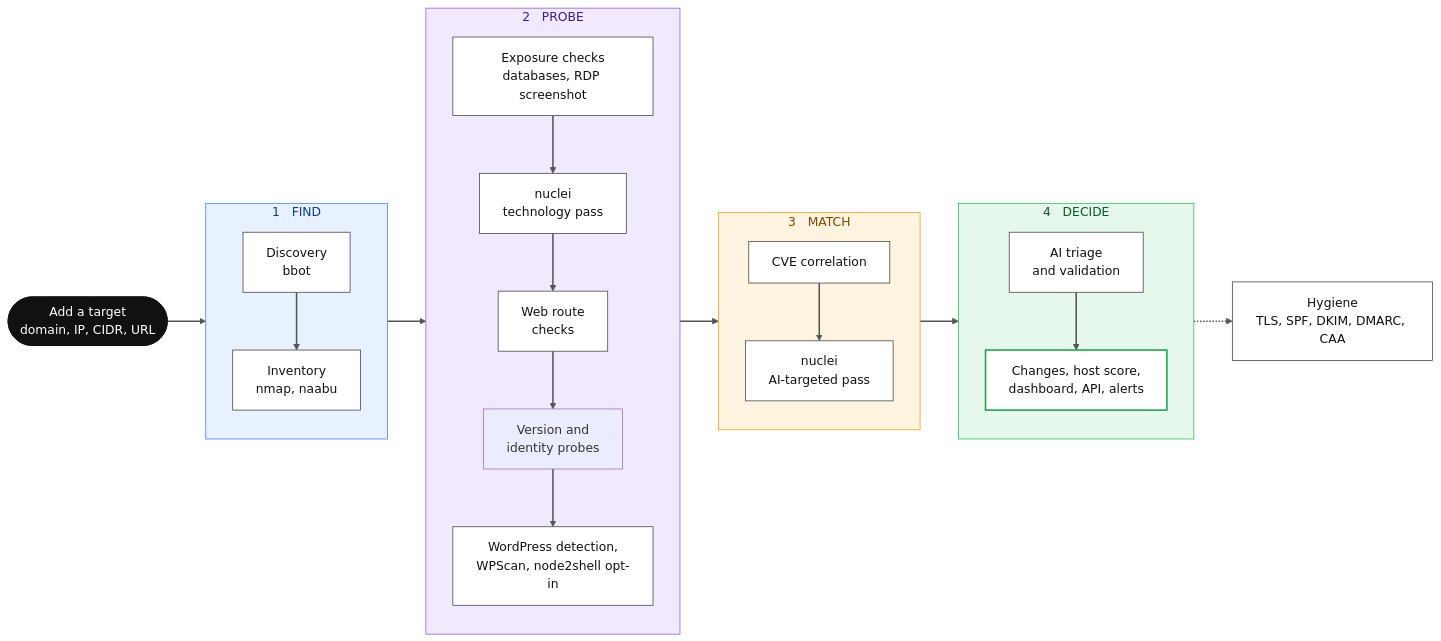
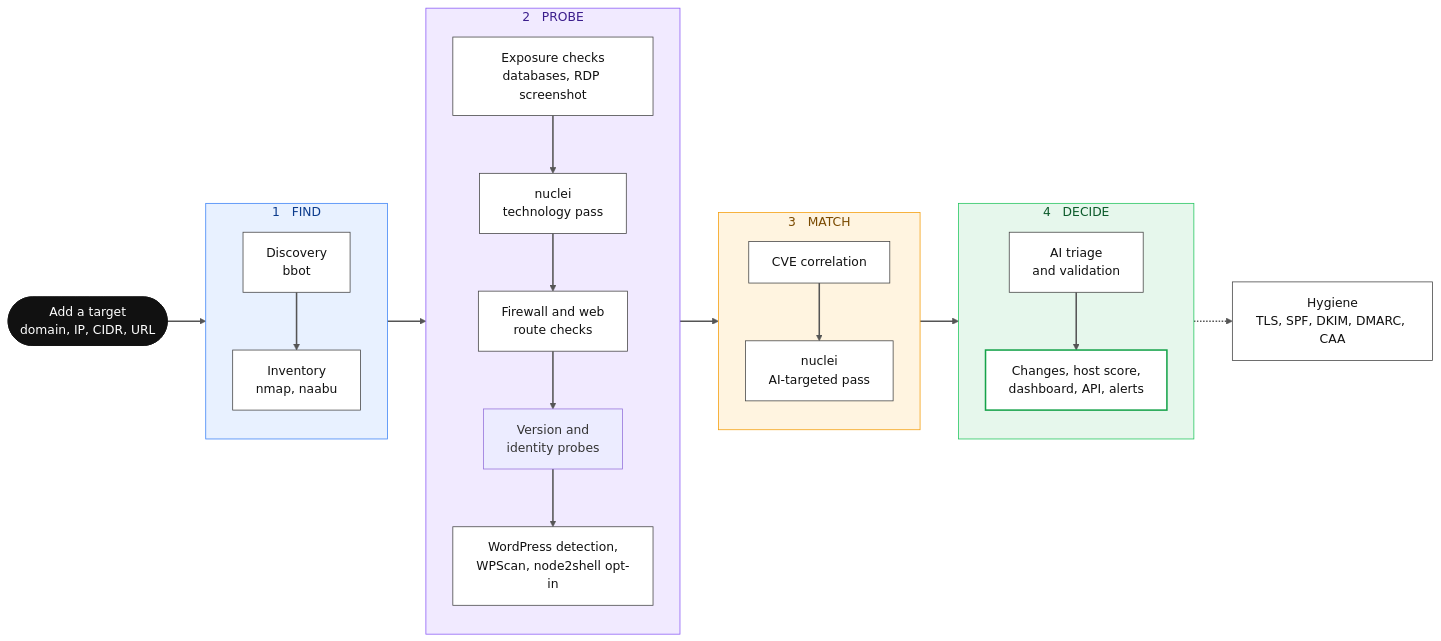
Before and after one commit to hevnsnt/CVEngine: the diagram in README.md, drawn with Mermaid. The commit also changed other lines of this file and 39 other files, not shown here.

````diff
--- a/README.md
+++ b/README.md
@@ -68,43 +62,43 @@
 ```mermaid
 flowchart LR
     T(["Add a target<br/>domain, IP, CIDR, URL"])
 
     subgraph FIND["1 &nbsp; FIND"]
         direction TB
         D["Discovery<br/>bbot"] --> I["Inventory<br/>nmap, naabu"]
     end
 
     subgraph PROBE["2 &nbsp; PROBE"]
         direction TB
-        X["Exposure checks<br/>databases, RDP screenshot"] --> N1["nuclei<br/>technology pass"] --> R["Web route<br/>checks"] --> V["Version and<br/>identity probes"] --> W["WordPress detection,<br/>WPScan, node2shell opt-in"]
+        X["Exposure checks<br/>databases, RDP screenshot"] --> N1["nuclei<br/>technology pass"] --> R["Firewall and web<br/>route checks"] --> V["Version and<br/>identity probes"] --> W["WordPress detection,<br/>WPScan, node2shell opt-in"]
     end
 
     subgraph MATCH["3 &nbsp; MATCH"]
         direction TB
         C["CVE correlation"] --> N2["nuclei<br/>AI-targeted pass"]
     end
 
     subgraph DECIDE["4 &nbsp; DECIDE"]
         direction TB
         A["AI triage<br/>and validation"] --> O["Changes, host score,<br/>dashboard, API, alerts"]
     end
 
     H["Hygiene<br/>TLS, SPF, DKIM, DMARC, CAA"]
 
     T --> FIND --> PROBE --> MATCH --> DECIDE
     DECIDE -.-> H
 
     style FIND fill:#e8f1ff,stroke:#3b82f6,color:#0b3b8c
     style PROBE fill:#f1eaff,stroke:#8b5cf6,color:#3b1d8c
     style MATCH fill:#fff4e0,stroke:#f59e0b,color:#7a4a00
     style DECIDE fill:#e6f7ec,stroke:#22c55e,color:#0b5a2a
     linkStyle default stroke:#555,stroke-width:2px
 
     classDef start fill:#111,stroke:#111,color:#fff
     classDef step fill:#fff,stroke:#444,color:#111
     classDef out fill:#fff,stroke:#16a34a,stroke-width:2px,color:#111
     class T start
     class D,I,X,N1,R,W,C,N2,A step
     class O out
     class H step
 ```
````
